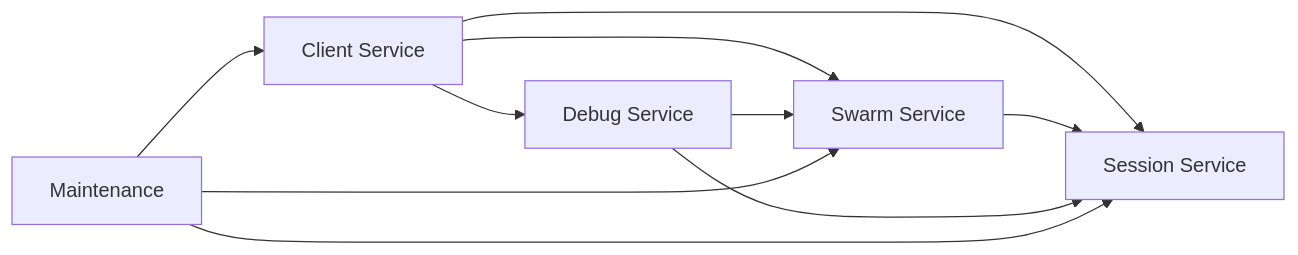
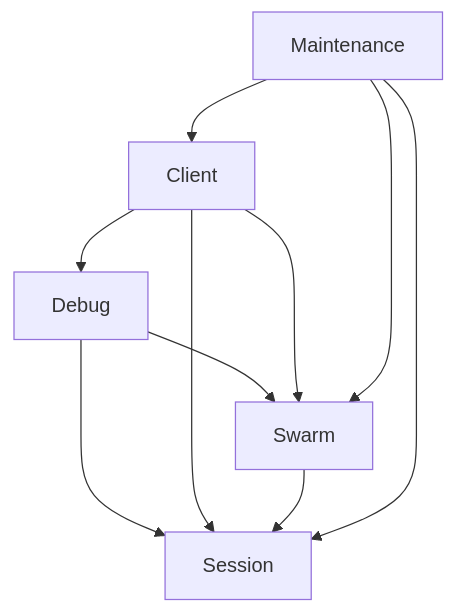
One commit to vpelikh/jcode changed the second of 2 diagrams in docs/plans/SERVER_SERVICE_SPLIT_PLAN.md. Above: the diagram before and after it, drawn with Mermaid. The commit also changed other lines of this file and 9 other files, not shown here.

````diff
--- a/docs/plans/SERVER_SERVICE_SPLIT_PLAN.md
+++ b/docs/plans/SERVER_SERVICE_SPLIT_PLAN.md
@@ -361,13 +294,12 @@
 ```mermaid
-flowchart LR
-  Client[Client Service] --> Session[Session Service]
-  Client --> Swarm[Swarm Service]
-  Client --> Debug[Debug Service]
-
-  Swarm --> Session
-  Debug --> Session
-  Debug --> Swarm
-  Maintenance --> Session
+graph TD
+  DBG[Debug] --> Sess[Session]
+  DBG --> Swarm[Swarm]
+  Client --> Sess
+  Client --> Swarm
+  Client --> DBG
+  Swarm --> Sess
+  Maintenance --> Sess
   Maintenance --> Swarm
   Maintenance --> Client
 ```
````
